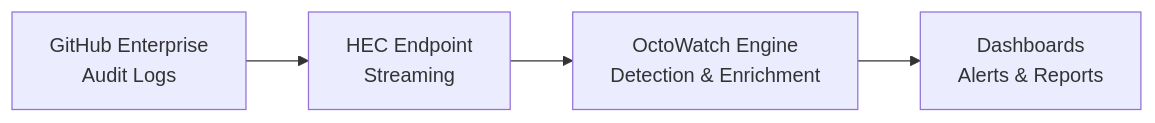
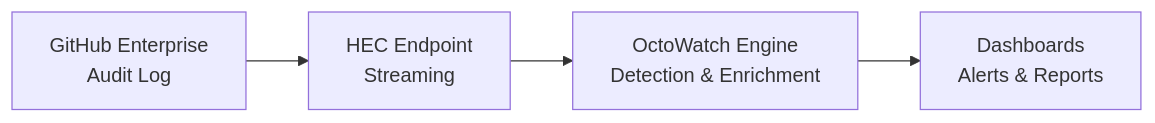
One commit to jmassardo/octowatch changed the diagram in website/src/content/docs/index.mdx. Above: the diagram before and after it, drawn with Mermaid. The commit also changed other lines of this file and 11 other files, not shown here.

````diff
--- a/website/src/content/docs/index.mdx
+++ b/website/src/content/docs/index.mdx
@@ -47,6 +47,6 @@
 ```mermaid
 flowchart LR
-    A[GitHub Enterprise\nAudit Logs] --> B[HEC Endpoint\nStreaming]
+    A[GitHub Enterprise\nAudit Log] --> B[HEC Endpoint\nStreaming]
     B --> C[OctoWatch Engine\nDetection & Enrichment]
     C --> D[Dashboards\nAlerts & Reports]
 ```
````
